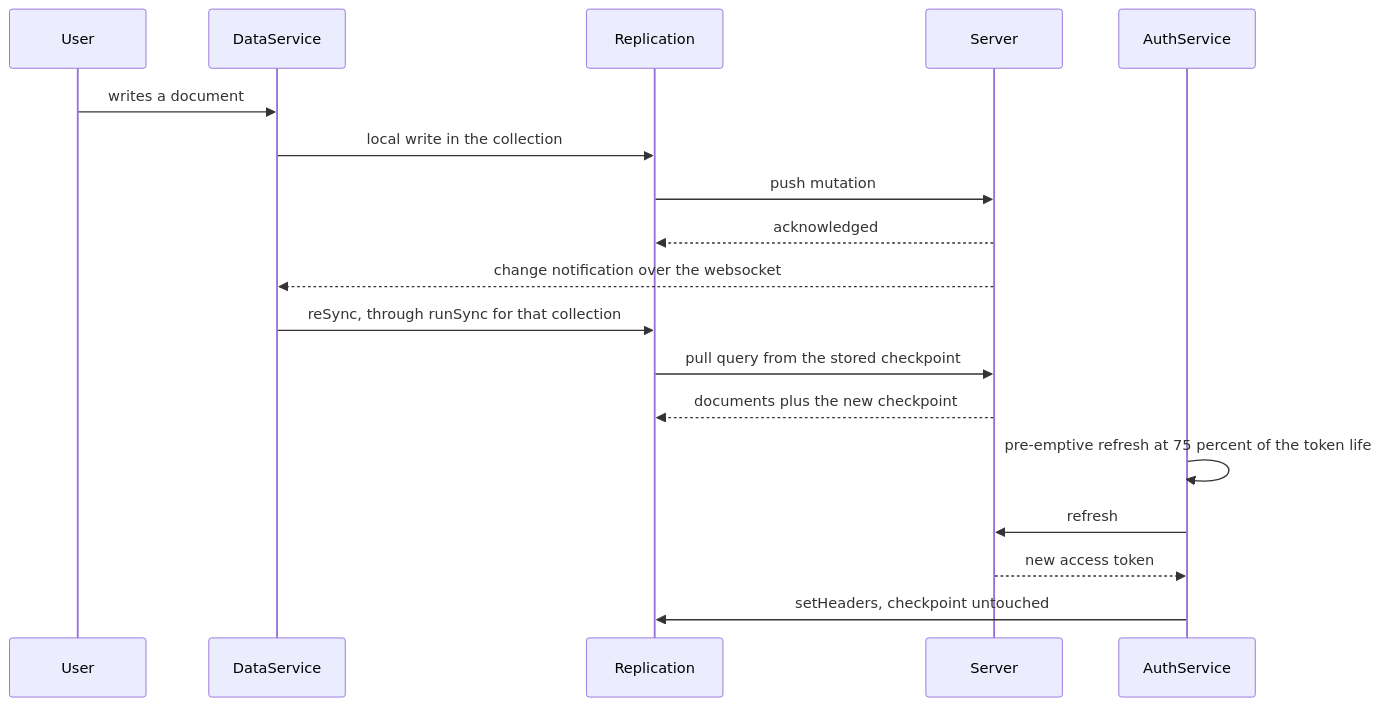
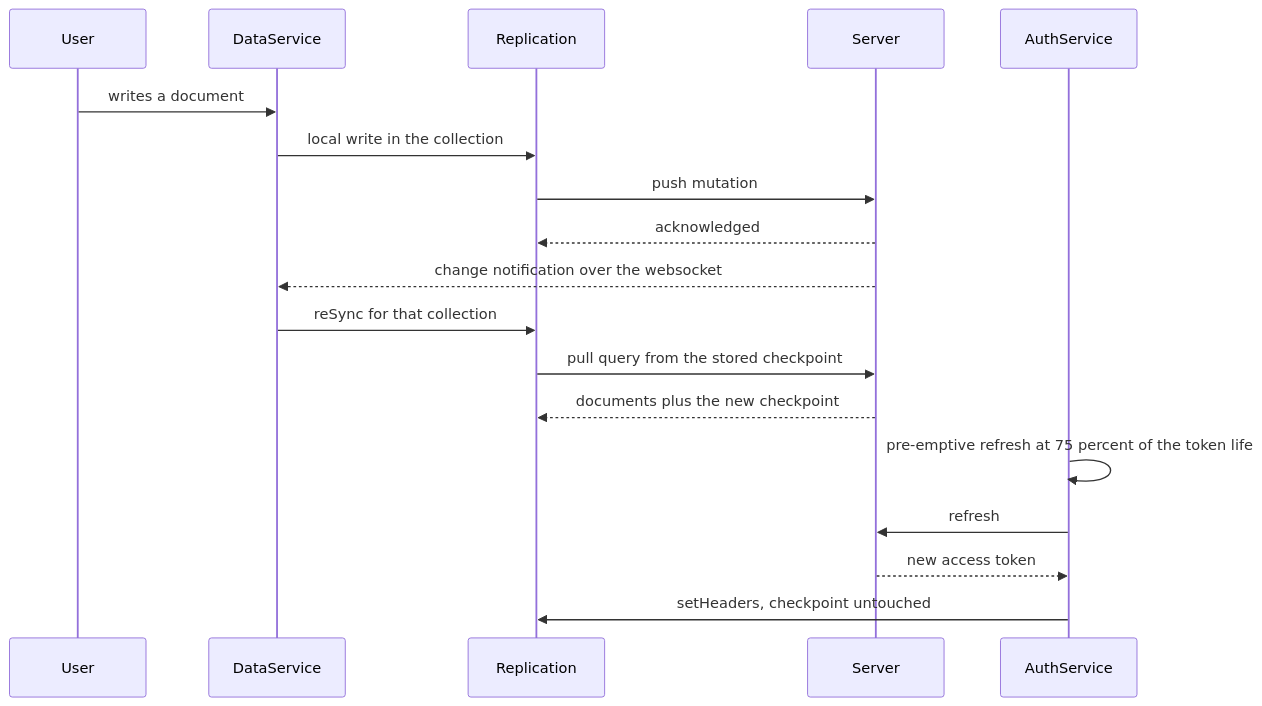
Before and after one commit to gnucoop/dino: the first of 3 diagrams in SYNC.md, drawn with Mermaid. The commit also changed other lines of this file, not shown here.

First line of the commit message:
docs: rewrite SYNC.md around the sync behaviour, case by case

````diff
--- a/SYNC.md
+++ b/SYNC.md
@@ -49,21 +47,21 @@
 ```mermaid
 sequenceDiagram
     participant U as User
     participant D as DataService
     participant R as Replication
     participant H as Server
     participant A as AuthService
 
     U->>D: writes a document
     D->>R: local write in the collection
     R->>H: push mutation
     H-->>R: acknowledged
     H-->>D: change notification over the websocket
-    D->>R: reSync, through runSync for that collection
+    D->>R: reSync for that collection
     R->>H: pull query from the stored checkpoint
     H-->>R: documents plus the new checkpoint
     A->>A: pre-emptive refresh at 75 percent of the token life
     A->>H: refresh
     H-->>A: new access token
     A->>R: setHeaders, checkpoint untouched
 ```
````
